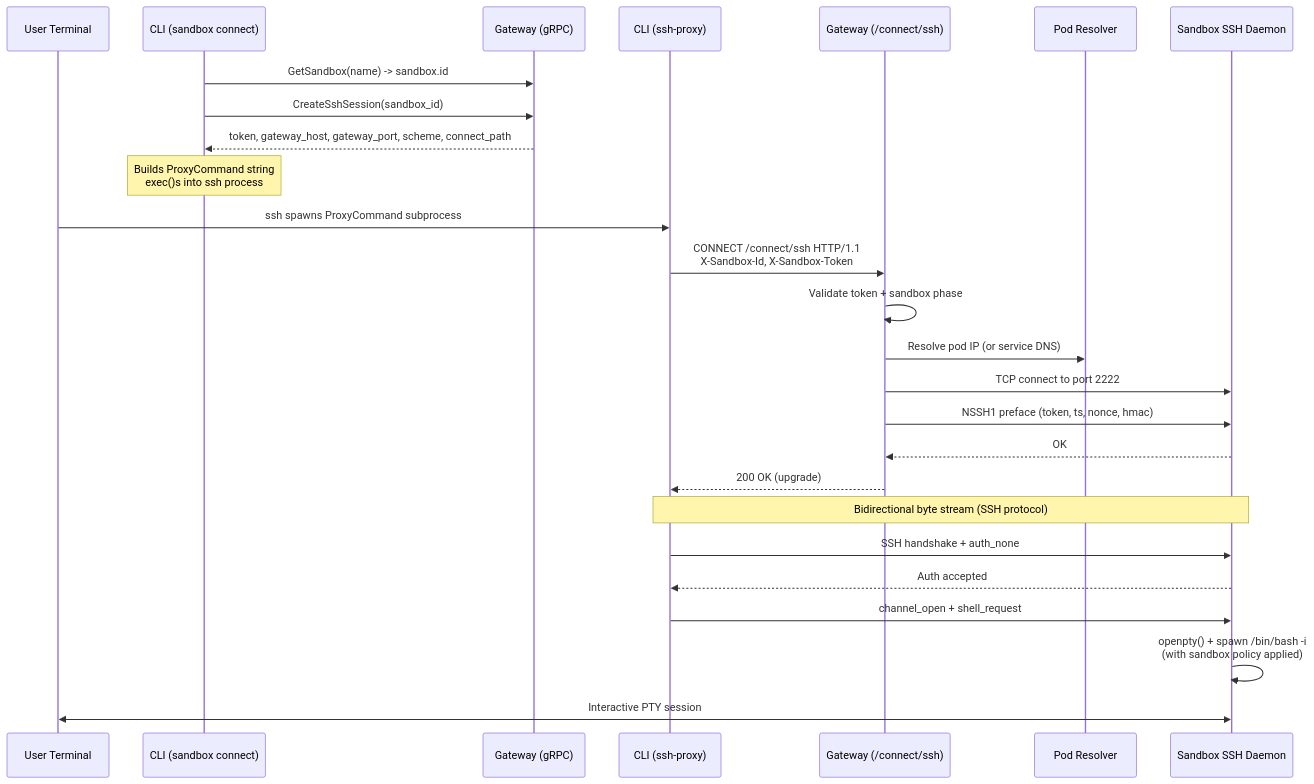
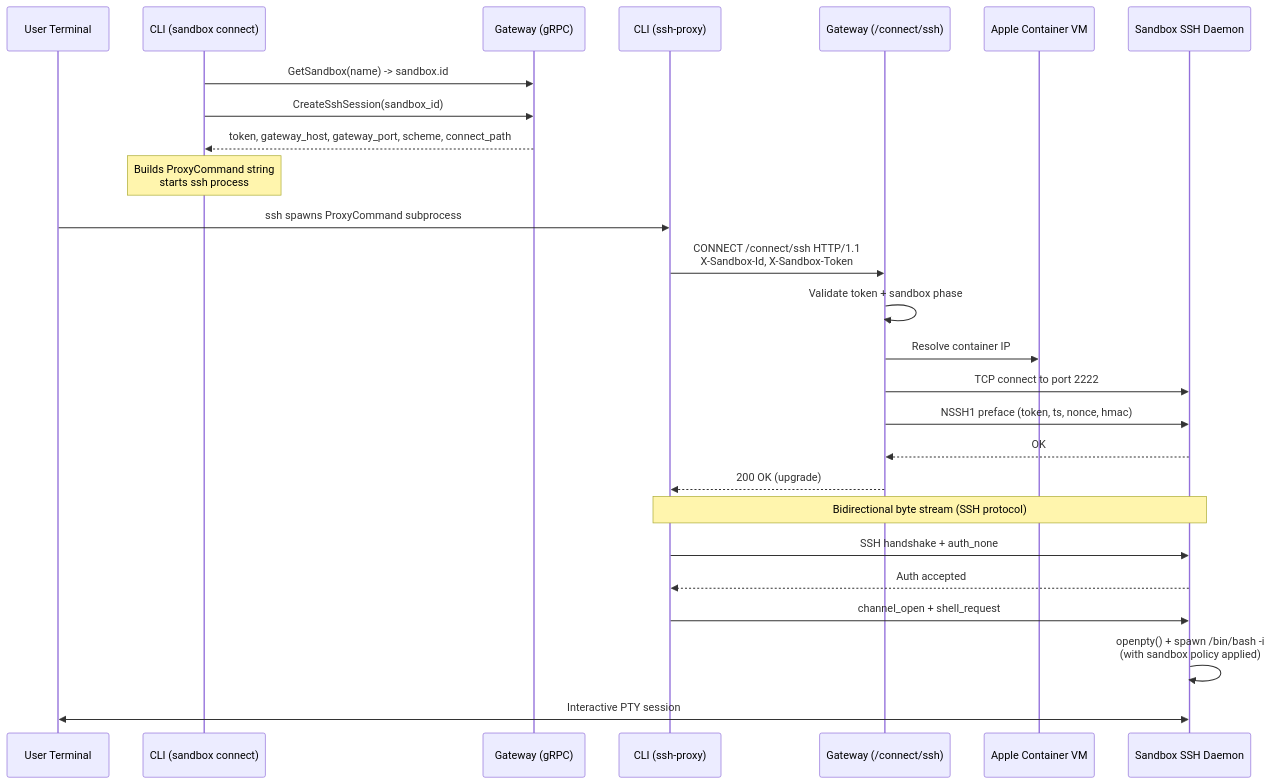
Before and after one commit to persimmon16/OpenShell: the first of 3 diagrams in architecture/sandbox-connect.md, drawn with Mermaid. The commit also changed 8 other files, not shown here.

````diff
--- a/architecture/sandbox-connect.md
+++ b/architecture/sandbox-connect.md
@@ -92,33 +92,33 @@
 ```mermaid
 sequenceDiagram
     participant User as User Terminal
     participant CLI as CLI (sandbox connect)
     participant gRPC as Gateway (gRPC)
     participant Proxy as CLI (ssh-proxy)
     participant GW as Gateway (/connect/ssh)
-    participant K8s as Pod Resolver
+    participant VM as Apple Container VM
     participant SSHD as Sandbox SSH Daemon
 
     CLI->>gRPC: GetSandbox(name) -> sandbox.id
     CLI->>gRPC: CreateSshSession(sandbox_id)
     gRPC-->>CLI: token, gateway_host, gateway_port, scheme, connect_path
 
-    Note over CLI: Builds ProxyCommand string<br/>exec()s into ssh process
+    Note over CLI: Builds ProxyCommand string<br/>starts ssh process
 
     User->>Proxy: ssh spawns ProxyCommand subprocess
     Proxy->>GW: CONNECT /connect/ssh HTTP/1.1<br/>X-Sandbox-Id, X-Sandbox-Token
     GW->>GW: Validate token + sandbox phase
-    GW->>K8s: Resolve pod IP (or service DNS)
+    GW->>VM: Resolve container IP
     GW->>SSHD: TCP connect to port 2222
     GW->>SSHD: NSSH1 preface (token, ts, nonce, hmac)
     SSHD-->>GW: OK
     GW-->>Proxy: 200 OK (upgrade)
 
     Note over Proxy,SSHD: Bidirectional byte stream (SSH protocol)
 
     Proxy->>SSHD: SSH handshake + auth_none
     SSHD-->>Proxy: Auth accepted
     Proxy->>SSHD: channel_open + shell_request
     SSHD->>SSHD: openpty() + spawn /bin/bash -i<br/>(with sandbox policy applied)
     User<<->>SSHD: Interactive PTY session
 ```
````
